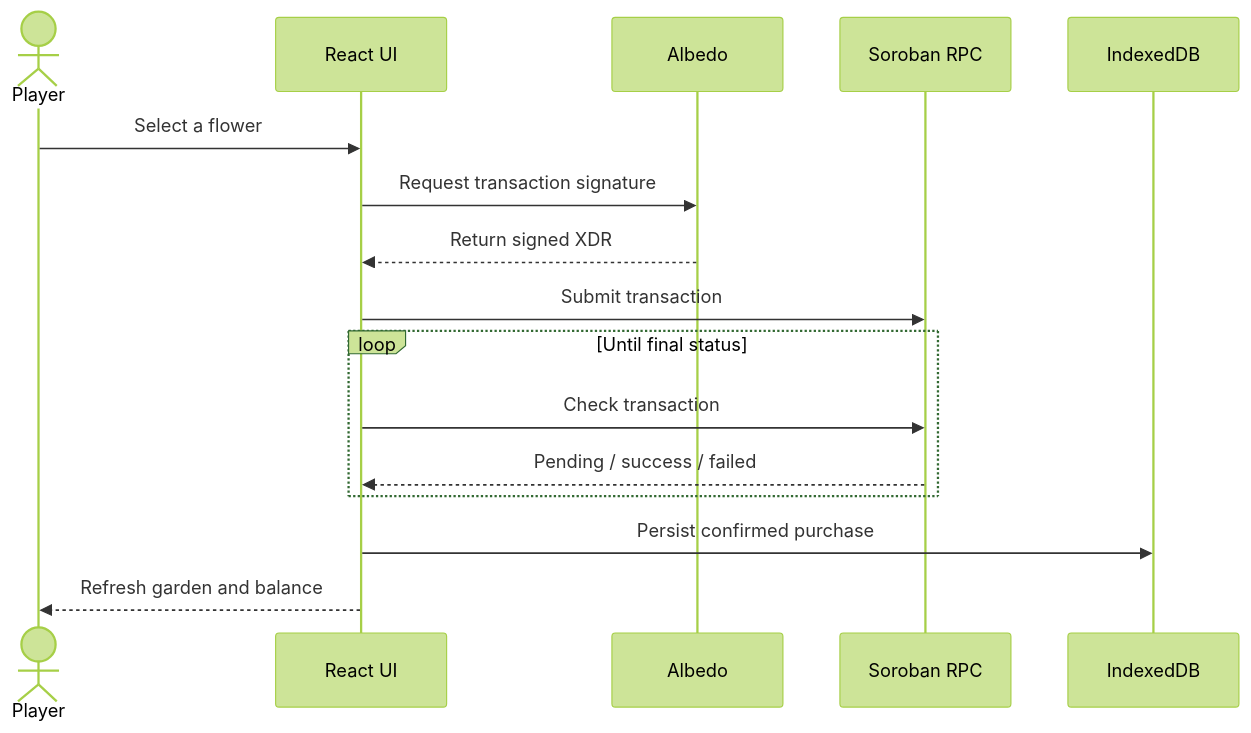
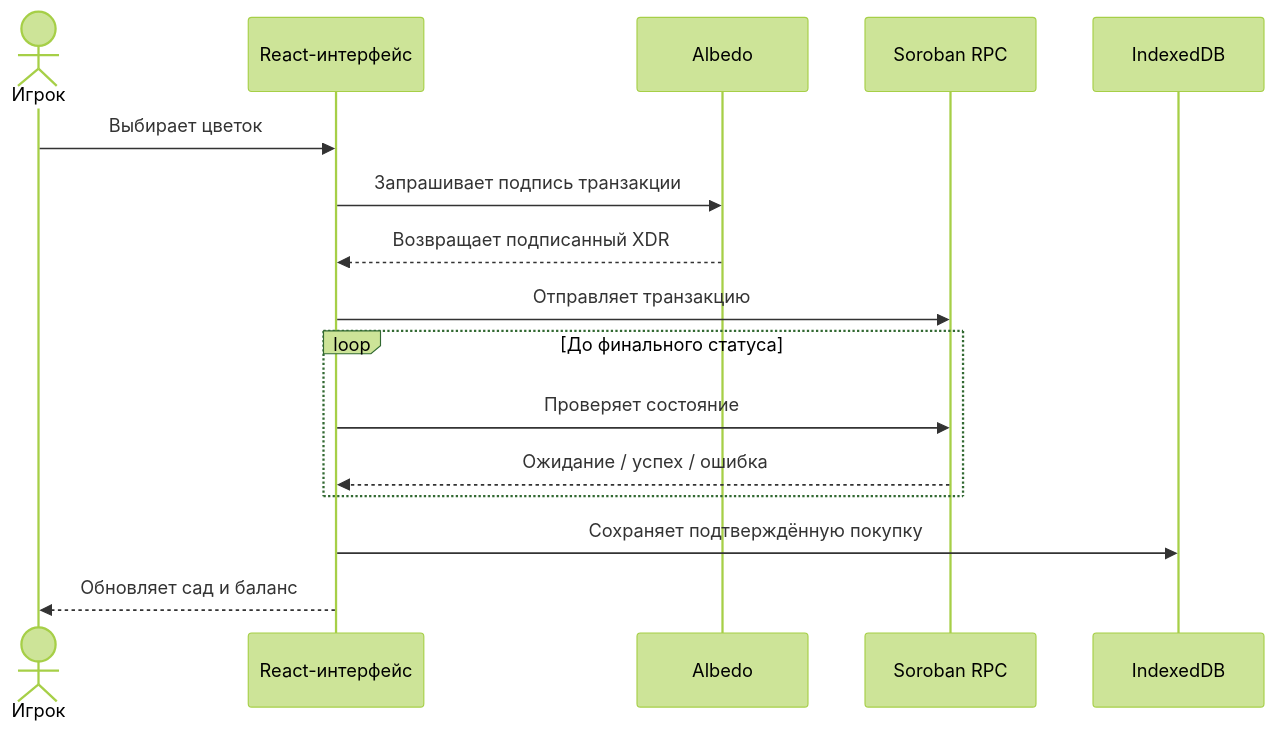
One commit to antipozitife/gardengame changed the diagram in README.md. Above: the diagram before and after it, drawn with Mermaid (forest theme). The commit also changed other lines of this file and 3 other files, not shown here.

````diff
--- a/README.md
+++ b/README.md
@@ -79,19 +76,19 @@
 ```mermaid
 sequenceDiagram
-    actor Player
-    participant UI as React UI
+    actor Игрок
+    participant UI as React-интерфейс
     participant Wallet as Albedo
     participant RPC as Soroban RPC
     participant DB as IndexedDB
 
-    Player->>UI: Select a flower
-    UI->>Wallet: Request transaction signature
-    Wallet-->>UI: Return signed XDR
-    UI->>RPC: Submit transaction
-    loop Until final status
-        UI->>RPC: Check transaction
-        RPC-->>UI: Pending / success / failed
+    Игрок->>UI: Выбирает цветок
+    UI->>Wallet: Запрашивает подпись транзакции
+    Wallet-->>UI: Возвращает подписанный XDR
+    UI->>RPC: Отправляет транзакцию
+    loop До финального статуса
+        UI->>RPC: Проверяет состояние
+        RPC-->>UI: Ожидание / успех / ошибка
     end
-    UI->>DB: Persist confirmed purchase
-    UI-->>Player: Refresh garden and balance
+    UI->>DB: Сохраняет подтверждённую покупку
+    UI-->>Игрок: Обновляет сад и баланс
 ```
````
